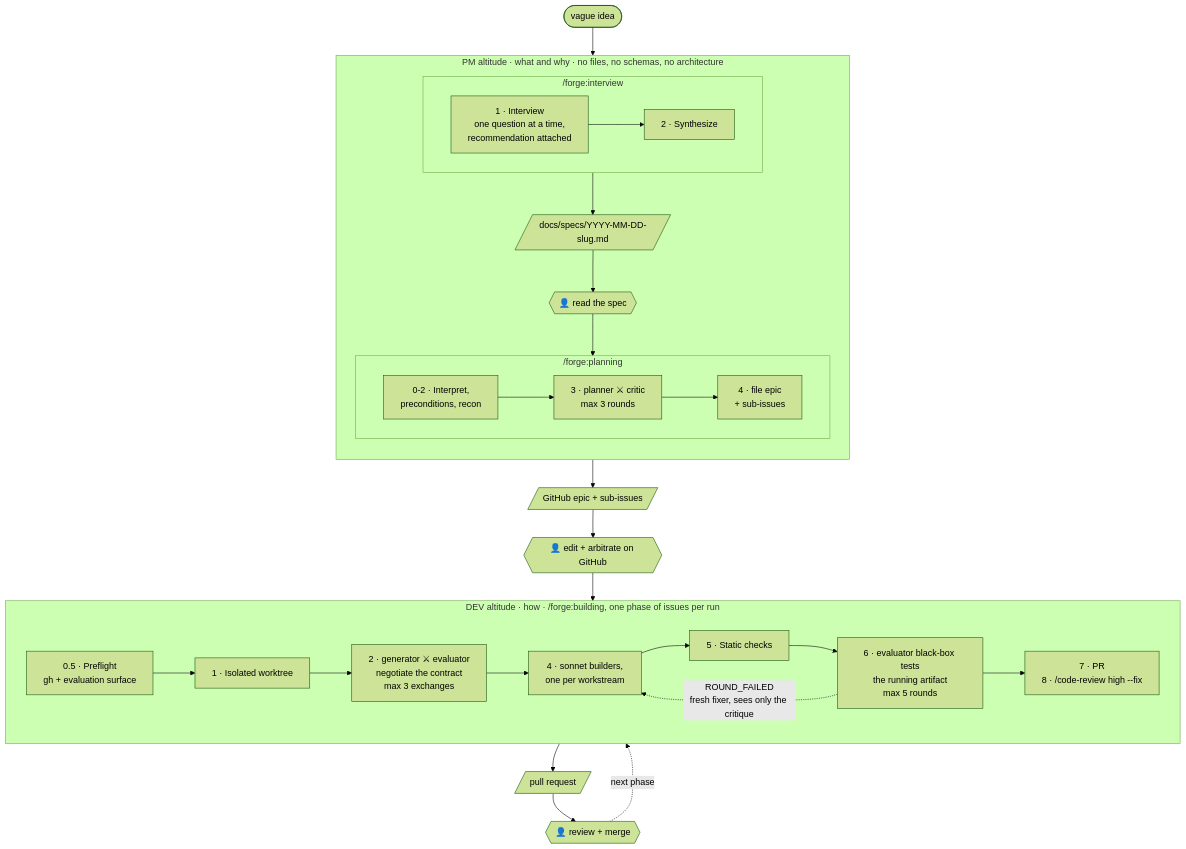
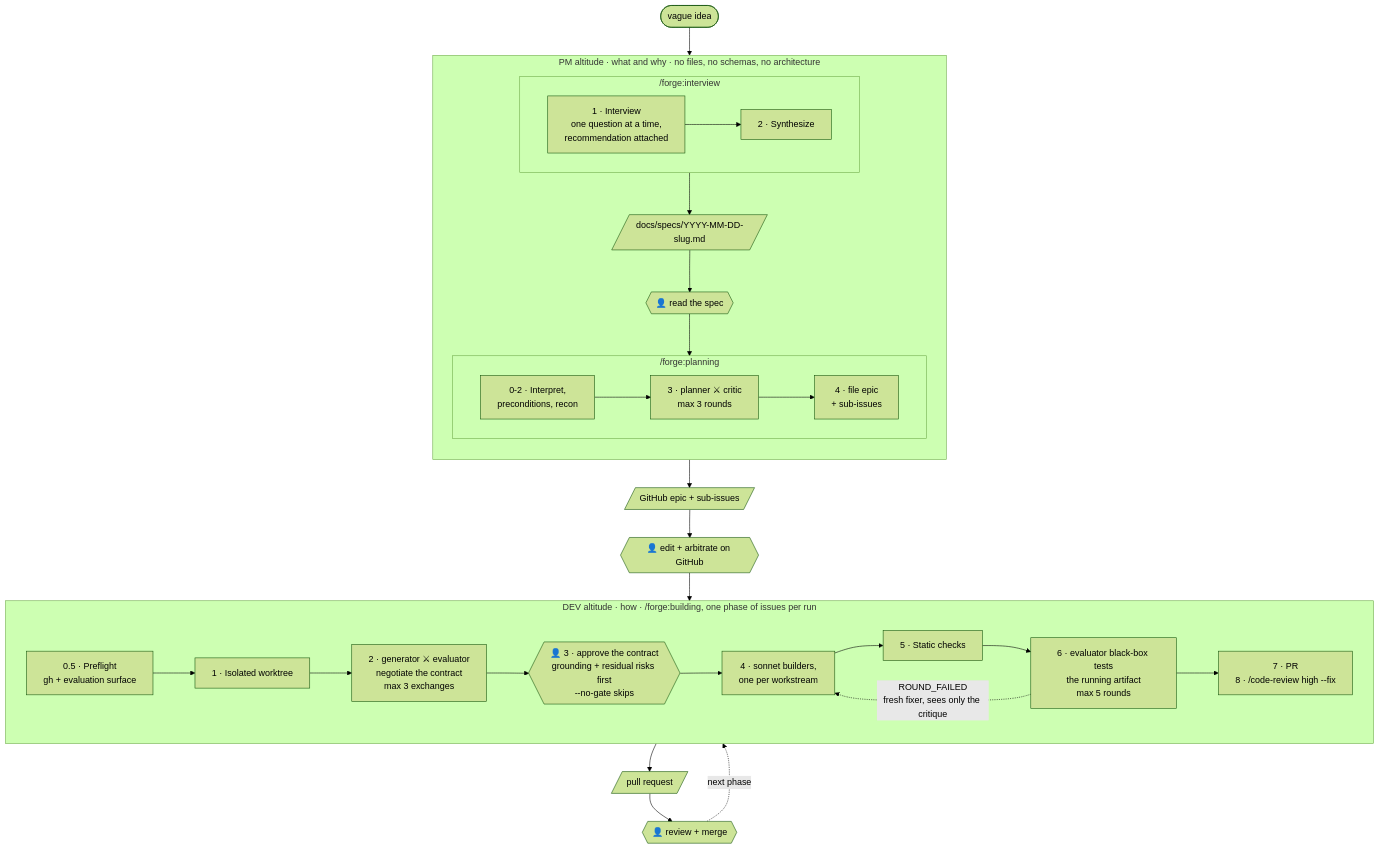
Before and after one commit to dasirra/cc-forge: the diagram in README.md, drawn with Mermaid (forest theme). The commit also changed other lines of this file and 3 other files, not shown here.

First line of the commit message:
feat: gate the contract by default, --no-gate opts out

````diff
--- a/README.md
+++ b/README.md
@@ -64,42 +64,43 @@
 ```mermaid
 flowchart TD
     idea(["vague idea"]) --> INT
 
     subgraph PM["PM altitude · what and why · no files, no schemas, no architecture"]
         direction TB
 
         subgraph INT["/forge:interview"]
             direction LR
             i1["1 · Interview<br/>one question at a time,<br/>recommendation attached"] --> i2["2 · Synthesize"]
         end
 
         INT --> spec[/"docs/specs/YYYY-MM-DD-slug.md"/]
         spec --> h1{{"👤 read the spec"}}
         h1 --> PLAN
 
         subgraph PLAN["/forge:planning"]
             direction LR
             p1["0-2 · Interpret,<br/>preconditions, recon"] --> p2["3 · planner ⚔ critic<br/>max 3 rounds"]
             p2 --> p3["4 · file epic<br/>+ sub-issues"]
         end
     end
 
     PLAN --> issues[/"GitHub epic + sub-issues"/]
     issues --> h2{{"👤 edit + arbitrate on GitHub"}}
     h2 --> BUILD
 
     subgraph BUILD["DEV altitude · how · /forge:building, one phase of issues per run"]
         direction LR
         b0["0.5 · Preflight<br/>gh + evaluation surface"] --> b1["1 · Isolated worktree"]
         b1 --> b2["2 · generator ⚔ evaluator<br/>negotiate the contract<br/>max 3 exchanges"]
-        b2 --> b4["4 · sonnet builders,<br/>one per workstream"]
+        b2 --> b3{{"👤 3 · approve the contract<br/>grounding + residual risks first<br/>--no-gate skips"}}
+        b3 --> b4["4 · sonnet builders,<br/>one per workstream"]
         b4 --> b5["5 · Static checks"]
         b5 --> b6["6 · evaluator black-box tests<br/>the running artifact<br/>max 5 rounds"]
         b6 -.->|"ROUND_FAILED<br/>fresh fixer, sees only the critique"| b4
         b6 --> b7["7 · PR<br/>8 · /code-review high --fix"]
     end
 
     BUILD --> pr[/"pull request"/]
     pr --> h3{{"👤 review + merge"}}
     h3 -.->|"next phase"| BUILD
 ```
````
